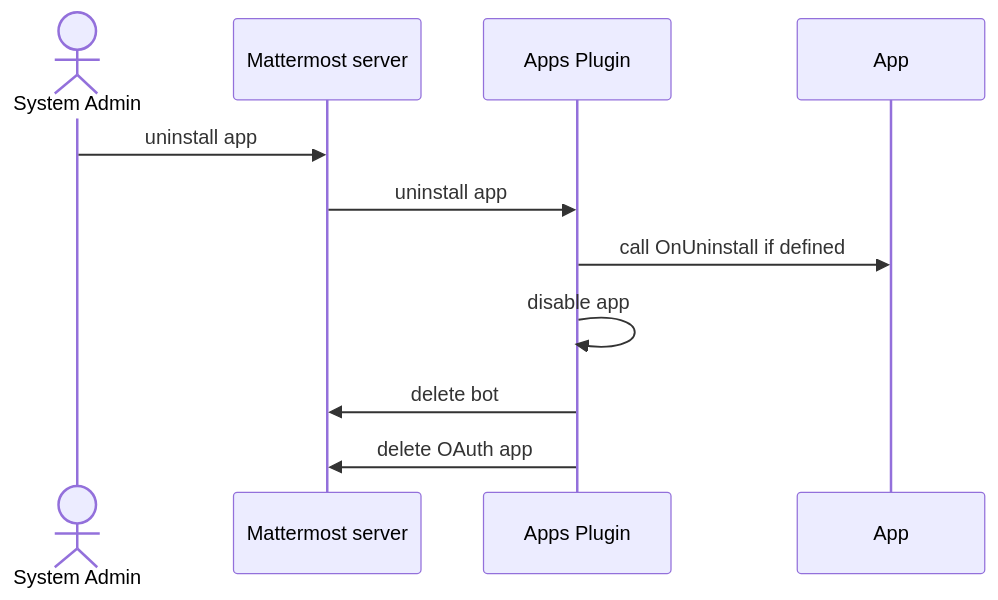
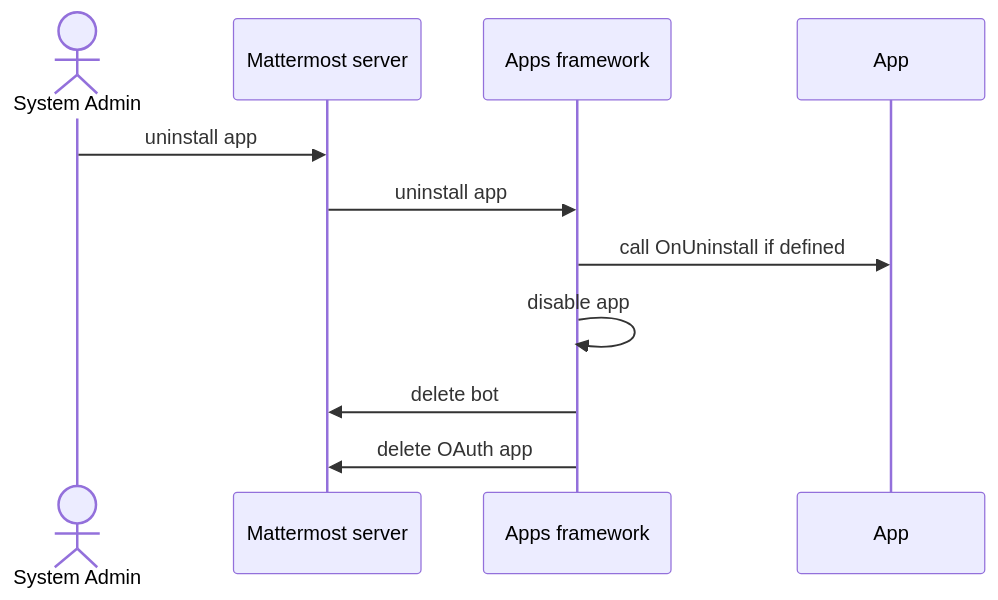
Before and after one commit to mattermost/mattermost-developer-documentation: the second of 2 diagrams in site/content/integrate/apps/lifecycle/_index.md, drawn with Mermaid. The commit also changed other lines of this file, not shown here.

```diff
--- a/site/content/integrate/apps/lifecycle/_index.md
+++ b/site/content/integrate/apps/lifecycle/_index.md
@@ -58,10 +58,10 @@
 {{<mermaid>}}
 sequenceDiagram
     actor System Admin
     System Admin->>Mattermost server: uninstall app
-    Mattermost server->>Apps Plugin: uninstall app
-    Apps Plugin->>App: call OnUninstall if defined
-    Apps Plugin->>Apps Plugin: disable app
-    Apps Plugin->>Mattermost server: delete bot
-    Apps Plugin->>Mattermost server: delete OAuth app
+    Mattermost server->>Apps framework: uninstall app
+    Apps framework->>App: call OnUninstall if defined
+    Apps framework->>Apps framework: disable app
+    Apps framework->>Mattermost server: delete bot
+    Apps framework->>Mattermost server: delete OAuth app
 {{</mermaid>}}
```
